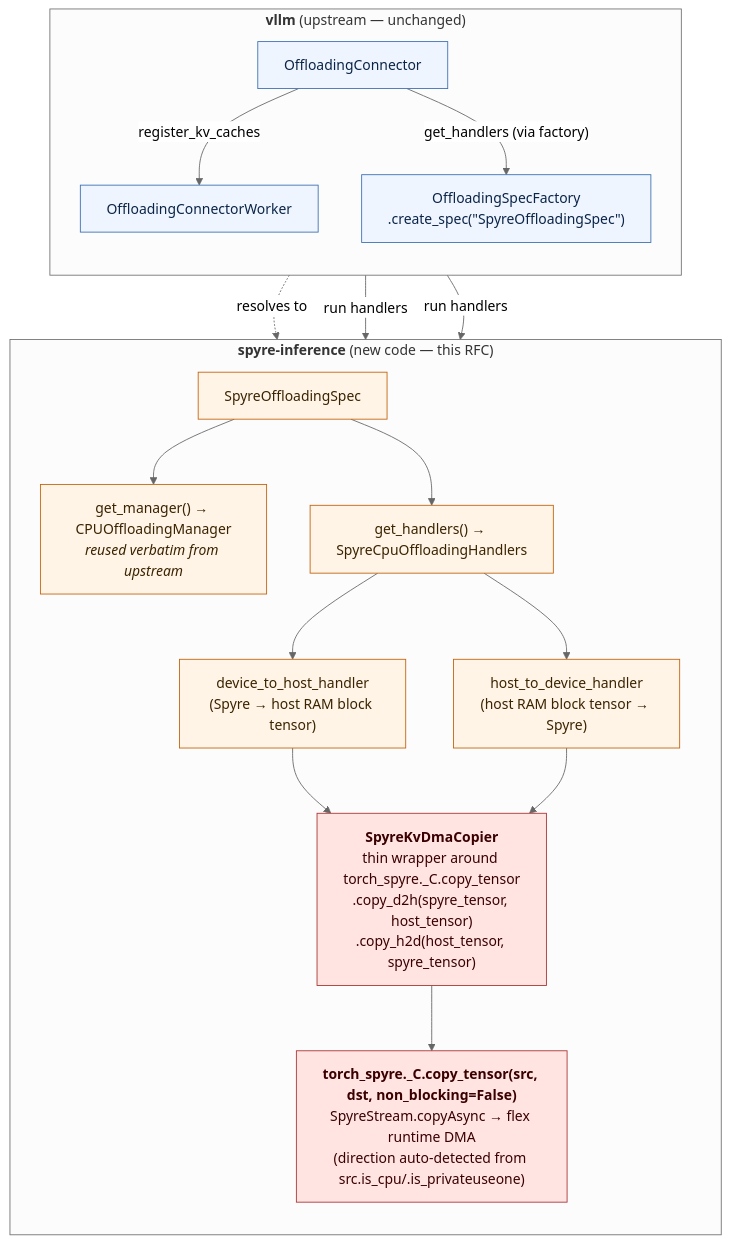
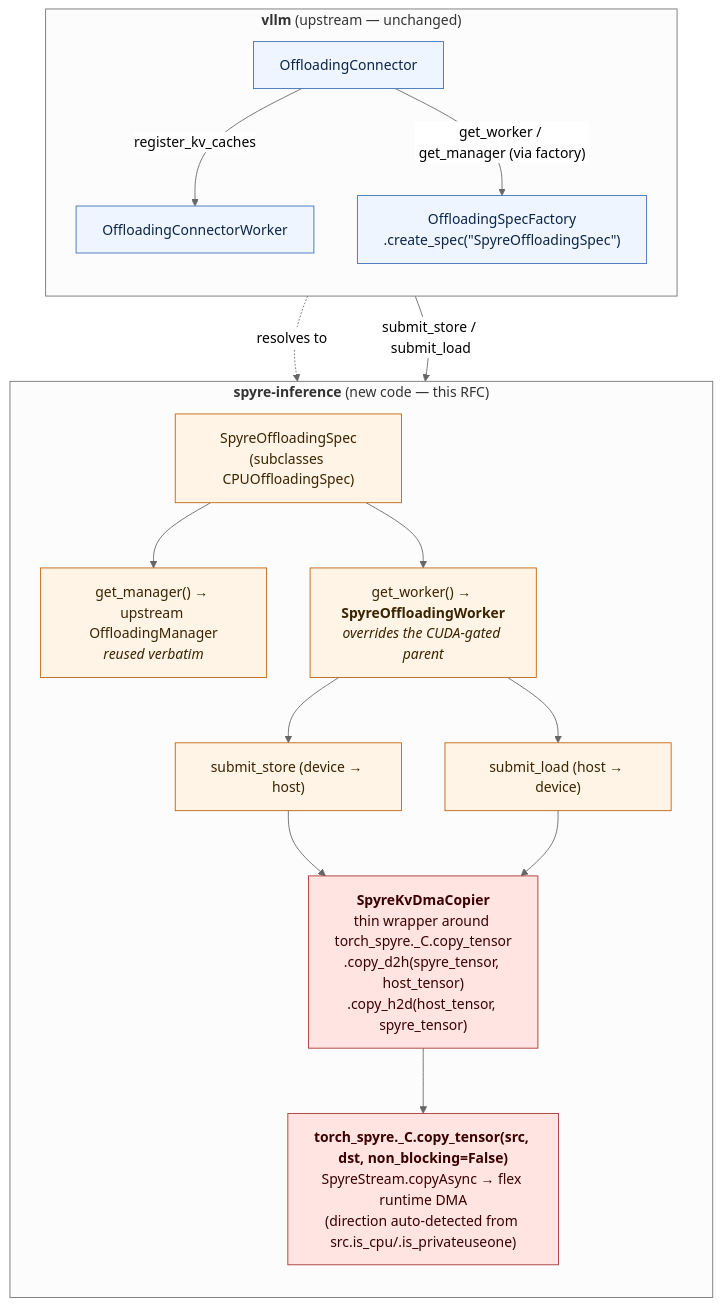
Before and after one commit to torch-spyre/spyre-inference: the first of 2 diagrams in docs/architecture/rfcs/upstream-connector-port.md, drawn with Mermaid. The commit also changed other lines of this file and 8 other files, not shown here.

````diff
--- a/docs/architecture/rfcs/upstream-connector-port.md
+++ b/docs/architecture/rfcs/upstream-connector-port.md
@@ -172,44 +190,43 @@
 ```mermaid
 %%{ init: { "flowchart": { "htmlLabels": true, "curve": "basis" }, "theme": "neutral" } }%%
 flowchart TB
 
     subgraph vllm["<b>vllm</b> (upstream — unchanged)"]
         direction TB
         OC["OffloadingConnector"]
         OCW["OffloadingConnectorWorker"]
         Factory["OffloadingSpecFactory<br/>.create_spec(&quot;SpyreOffloadingSpec&quot;)"]
         OC -- "register_kv_caches" --> OCW
-        OC -- "get_handlers (via factory)" --> Factory
+        OC -- "get_worker / get_manager (via factory)" --> Factory
     end
 
     subgraph spyre["<b>spyre-inference</b> (new code — this RFC)"]
         direction TB
-        Spec["SpyreOffloadingSpec"]
-        Mgr["get_manager() → CPUOffloadingManager<br/><i>reused verbatim from upstream</i>"]
-        Handlers["get_handlers() → SpyreCpuOffloadingHandlers"]
-        D2H["device_to_host_handler<br/>(Spyre → host RAM block tensor)"]
-        H2D["host_to_device_handler<br/>(host RAM block tensor → Spyre)"]
+        Spec["SpyreOffloadingSpec<br/>(subclasses CPUOffloadingSpec)"]
+        Mgr["get_manager() → upstream OffloadingManager<br/><i>reused verbatim</i>"]
+        Worker["get_worker() → <b>SpyreOffloadingWorker</b><br/><i>overrides the CUDA-gated parent</i>"]
+        SS["submit_store (device → host)"]
+        SL["submit_load (host → device)"]
         Copier["<b>SpyreKvDmaCopier</b><br/>thin wrapper around torch_spyre._C.copy_tensor<br/>.copy_d2h(spyre_tensor, host_tensor)<br/>.copy_h2d(host_tensor, spyre_tensor)"]
         Backend["<b>torch_spyre._C.copy_tensor(src, dst, non_blocking=False)</b><br/>SpyreStream.copyAsync → flex runtime DMA<br/>(direction auto-detected from src.is_cpu/.is_privateuseone)"]
 
         Spec --> Mgr
-        Spec --> Handlers
-        Handlers --> D2H
-        Handlers --> H2D
-        D2H --> Copier
-        H2D --> Copier
+        Spec --> Worker
+        Worker --> SS
+        Worker --> SL
+        SS --> Copier
+        SL --> Copier
         Copier --> Backend
     end
 
     Factory -. "resolves to" .-> Spec
-    OCW -- "run handlers" --> D2H
-    OCW -- "run handlers" --> H2D
+    OCW -- "submit_store / submit_load" --> Worker
 
     classDef upstream fill:#eef5ff,stroke:#3b6fb3,color:#0b2447
     classDef plugin fill:#fff4e6,stroke:#c1620a,color:#3a2300
     classDef hot fill:#ffe4e1,stroke:#a83232,color:#3a0000
 
     class OC,OCW,Factory upstream
-    class Spec,Mgr,Handlers,D2H,H2D plugin
+    class Spec,Mgr,Worker,SS,SL plugin
     class Copier,Backend hot
 ```
````
